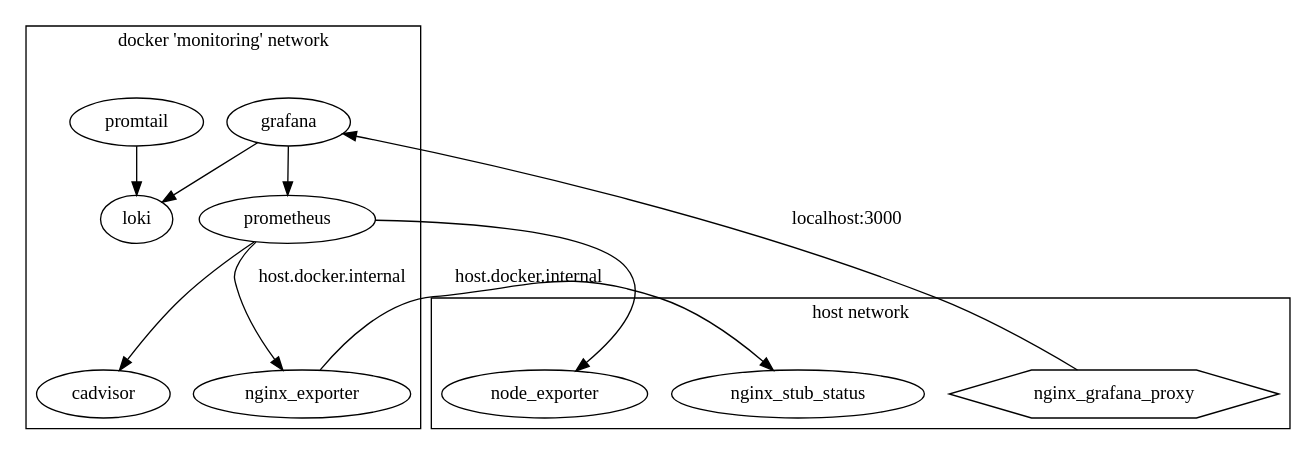
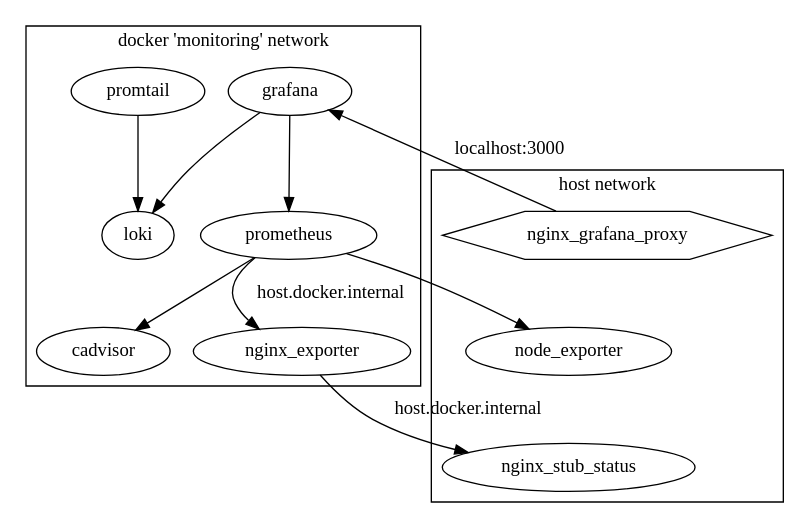
Before and after one commit to Pandora-Team/pandora: the diagram in server/img/monitoring.dot, drawn with Graphviz. The commit also changed 1 other file, not shown here.

```diff
--- a/server/img/monitoring.dot
+++ b/server/img/monitoring.dot
@@ -1,33 +1,33 @@
 digraph pandora_monitoring {
     
     subgraph cluster_host_network {
         label="host network"
         nginx_grafana_proxy [shape=hexagon]
-        nginx_stub_status
-        node_exporter
+        nginx_grafana_proxy -> node_exporter [style=invis]
+        node_exporter -> nginx_stub_status [style=invis]
     }
     
     subgraph cluster_docker_network {
         label="docker 'monitoring' network"
         grafana
         prometheus
         cadvisor
         nginx_exporter
         loki
         promtail
     }
     
     nginx_grafana_proxy -> grafana [label="localhost:3000"]
     
     grafana -> loki
     grafana -> prometheus
     
     promtail -> loki
     
     prometheus -> node_exporter
     prometheus -> cadvisor
     prometheus -> nginx_exporter [label="host.docker.internal"]
     
     nginx_exporter -> nginx_stub_status [label="host.docker.internal"]
     
 }
```
